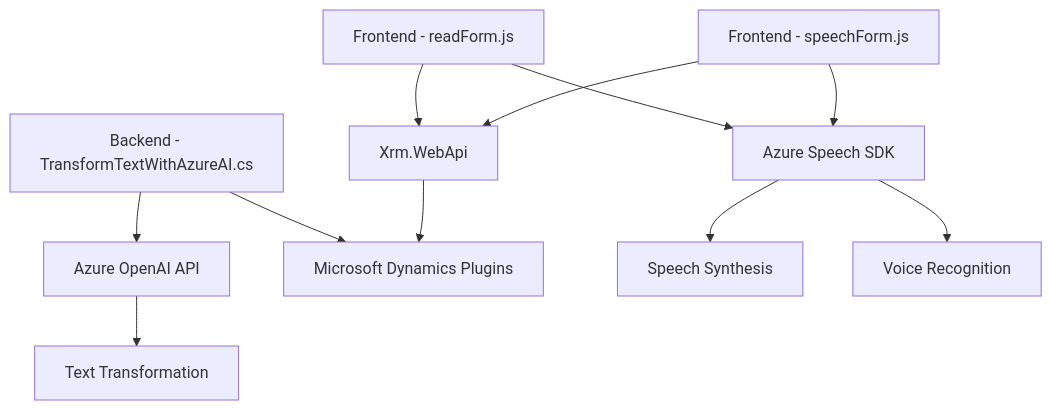
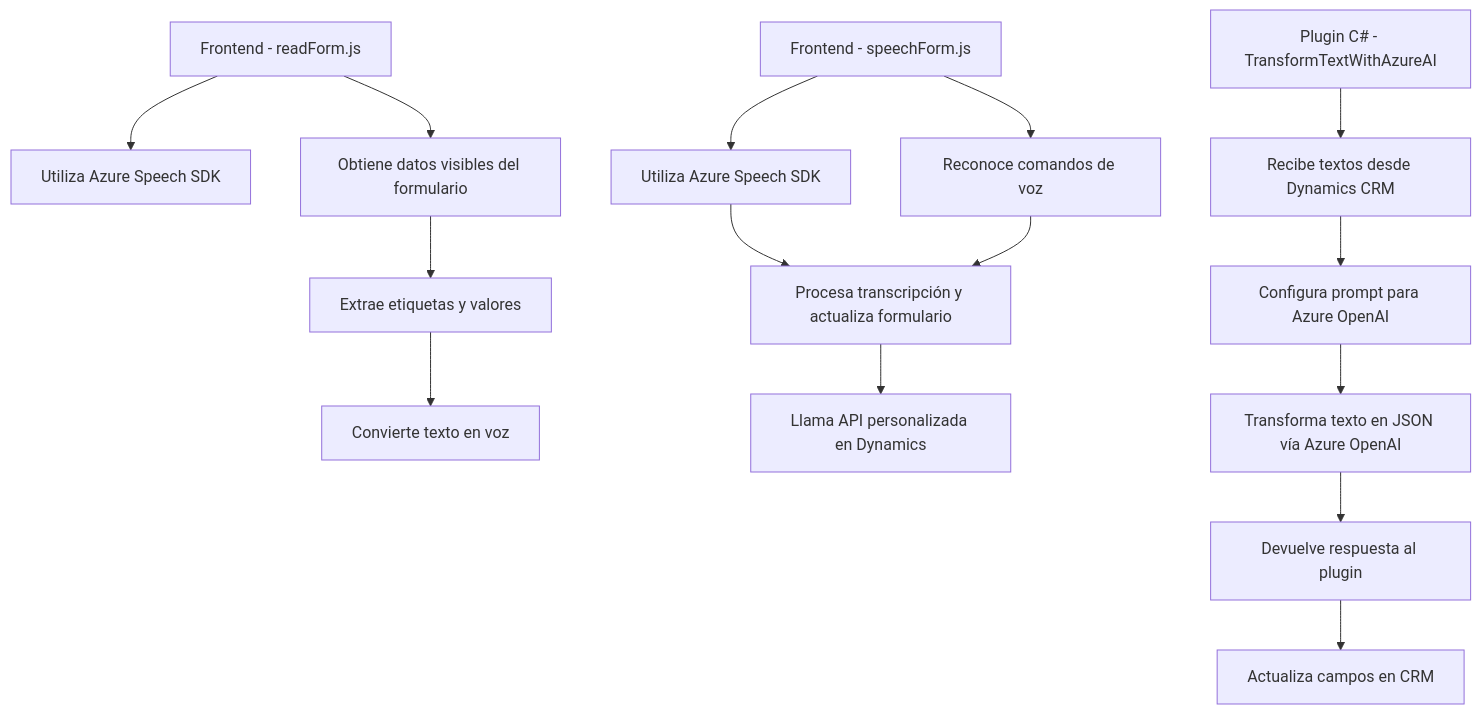
One commit to blopezdm/NETCORE_BILBAO2025 changed the diagram in README.md. Above: the diagram before and after it, drawn with Mermaid. The commit also changed other lines of this file, not shown here.

````diff
--- a/README.md
+++ b/README.md
@@ -47,13 +31,19 @@
 ```mermaid
 graph TD
-    A["Frontend - readForm.js"] --> B["Azure Speech SDK"]
-    A --> C["Xrm.WebApi"]
-    D["Frontend - speechForm.js"] --> C
-    D --> B
-    E["Backend - TransformTextWithAzureAI.cs"] --> F["Azure OpenAI API"]
-    E --> G["Microsoft Dynamics Plugins"]
-    C --> G
-    B --> B1["Speech Synthesis"]
-    B --> B2["Voice Recognition"]
-    F --> F1["Text Transformation"]
+    A["Frontend - readForm.js"] --> B["Utiliza Azure Speech SDK"]
+    A --> C["Obtiene datos visibles del formulario"]
+    C --> D["Extrae etiquetas y valores"]
+    D --> E["Convierte texto en voz"]
+
+    F["Frontend - speechForm.js"] --> G["Utiliza Azure Speech SDK"]
+    F --> H["Reconoce comandos de voz"]
+    G --> I["Procesa transcripción y actualiza formulario"]
+    H --> I
+    I --> J["Llama API personalizada en Dynamics"]
+
+    K["Plugin C# - TransformTextWithAzureAI"] --> L["Recibe textos desde Dynamics CRM"]
+    L --> M["Configura prompt para Azure OpenAI"]
+    M --> N["Transforma texto en JSON vía Azure OpenAI"]
+    N --> O["Devuelve respuesta al plugin"]
+    O --> P["Actualiza campos en CRM"]
 ```
````
